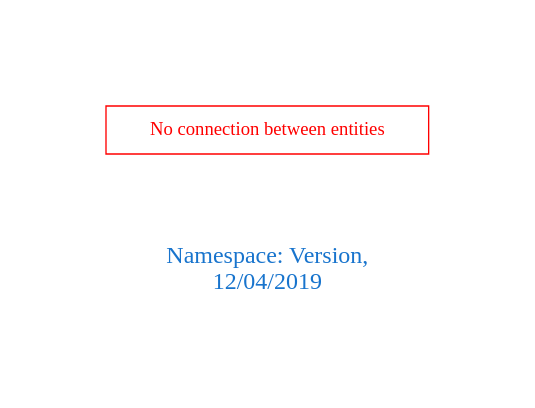
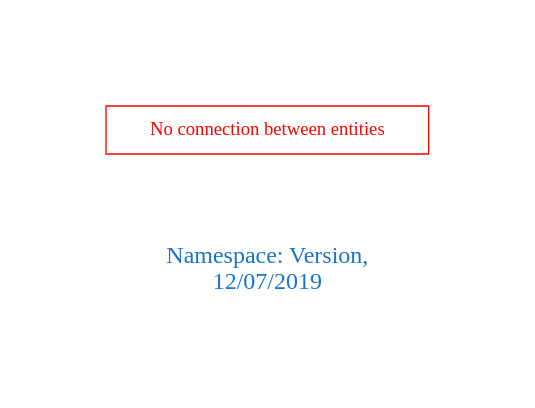
The diagram in downloads/Version.dot (arago/OGIT), drawn with Graphviz before and after one commit. The commit also changed 1662 other files, not shown here.

```diff
--- a/downloads/Version.dot
+++ b/downloads/Version.dot
@@ -1,9 +1,9 @@
 digraph OGIT_ontology {
  graph [ rankdir= LR,pad=1 
 fontsize = 18,
-fontcolor= dodgerblue3,label = "\n\n\nNamespace: Version, \n 12/04/2019"];
+fontcolor= dodgerblue3,label = "\n\n\nNamespace: Version, \n 12/07/2019"];
 node[shape=polygon];
 edge [  color="gray81"];
 
 "No connection between entities" [fontcolor = "red",color="red", shape="polygon"]
 }
```
